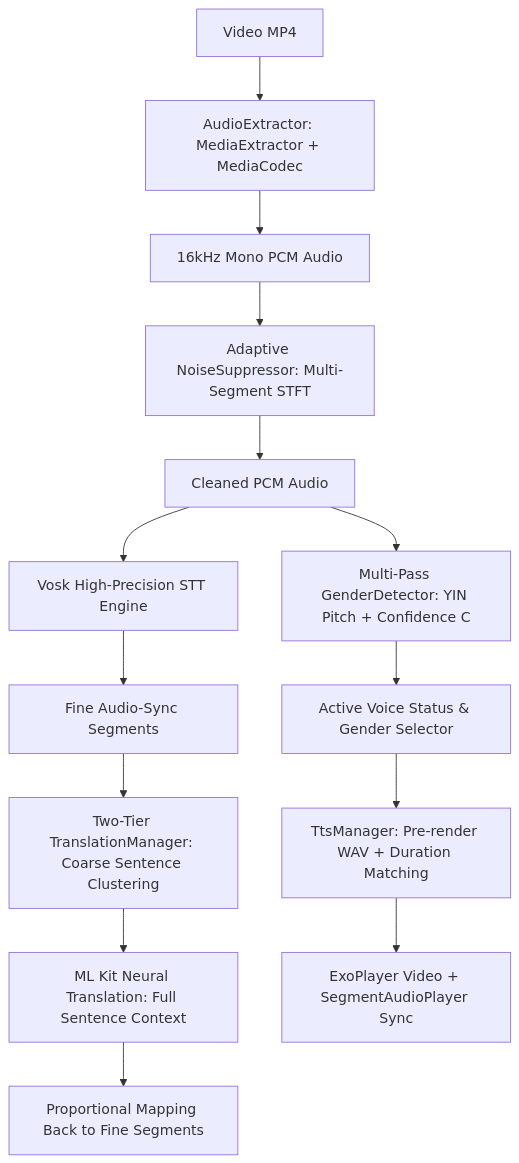
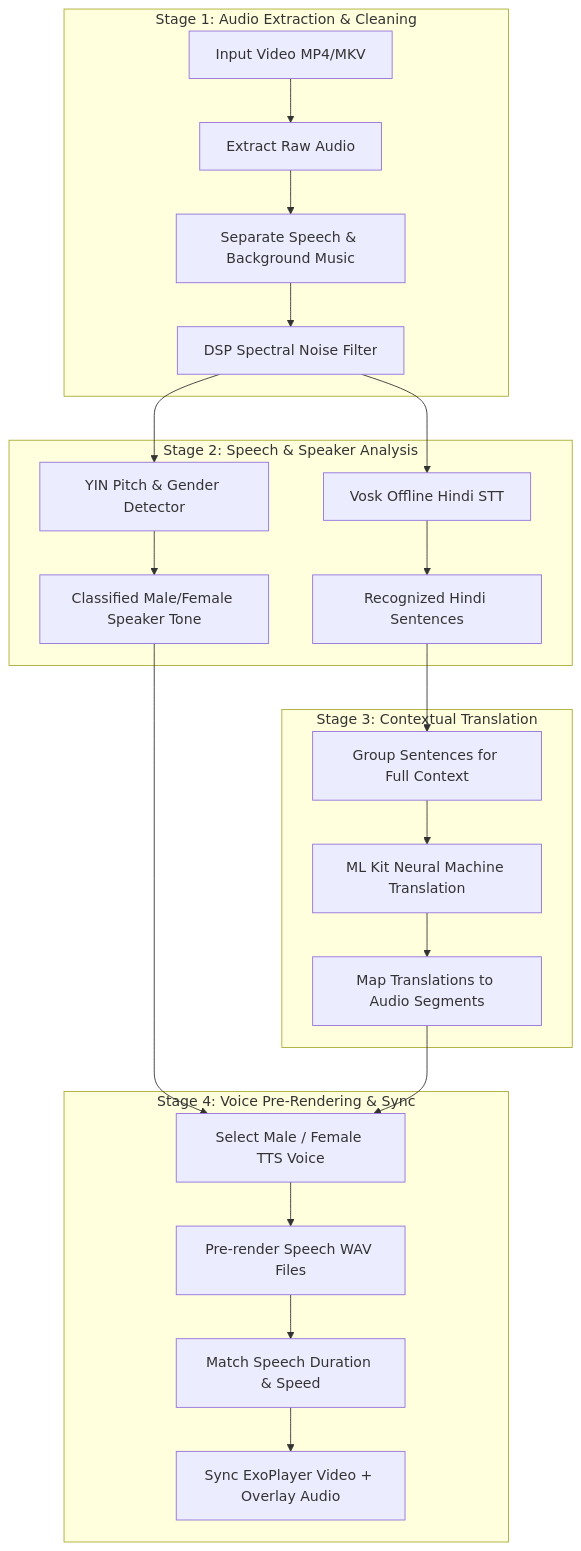
The diagram in README.md (SyedSaad8008/Video-Translator), drawn with Mermaid before and after one commit. The commit also changed other lines of this file, not shown here.

Commit message:
docs: Update README.md with clear human-friendly pointwise side headings and simplified pipeline flowchart

````diff
--- a/README.md
+++ b/README.md
@@ -15,16 +11,33 @@
 ```mermaid
-graph TD
-    A[Video MP4] --> B[AudioExtractor: MediaExtractor + MediaCodec]
-    B --> C[16kHz Mono PCM Audio]
-    C --> D[Adaptive NoiseSuppressor: Multi-Segment STFT]
-    D --> E[Cleaned PCM Audio]
-    E --> F[Vosk High-Precision STT Engine]
-    E --> G[Multi-Pass GenderDetector: YIN Pitch + Confidence C]
-    F --> H[Fine Audio-Sync Segments]
-    H --> I[Two-Tier TranslationManager: Coarse Sentence Clustering]
-    I --> J[ML Kit Neural Translation: Full Sentence Context]
-    J --> K[Proportional Mapping Back to Fine Segments]
-    G --> L[Active Voice Status & Gender Selector]
-    L --> M[TtsManager: Pre-render WAV + Duration Matching]
-    M --> N[ExoPlayer Video + SegmentAudioPlayer Sync]
+flowchart TD
+    %% Stage 1: Audio Extraction & Cleaning
+    subgraph Stage1 ["Stage 1: Audio Extraction & Cleaning"]
+        A[Input Video MP4/MKV] --> B[Extract Raw Audio]
+        B --> C[Separate Speech & Background Music]
+        C --> D[DSP Spectral Noise Filter]
+    end
+
+    %% Stage 2: STT & Pitch Analysis
+    subgraph Stage2 ["Stage 2: Speech & Speaker Analysis"]
+        D --> E[Vosk Offline Hindi STT]
+        D --> F[YIN Pitch & Gender Detector]
+        E --> G[Recognized Hindi Sentences]
+        F --> H[Classified Male/Female Speaker Tone]
+    end
+
+    %% Stage 3: Two-Tier Translation
+    subgraph Stage3 ["Stage 3: Contextual Translation"]
+        G --> I[Group Sentences for Full Context]
+        I --> J[ML Kit Neural Machine Translation]
+        J --> K[Map Translations to Audio Segments]
+    end
+
+    %% Stage 4: Voice Synthesis & Video Playback
+    subgraph Stage4 ["Stage 4: Voice Pre-Rendering & Sync"]
+        H --> L[Select Male / Female TTS Voice]
+        K --> L
+        L --> M[Pre-render Speech WAV Files]
+        M --> N[Match Speech Duration & Speed]
+        N --> O[Sync ExoPlayer Video + Overlay Audio]
+    end
 ```
````
